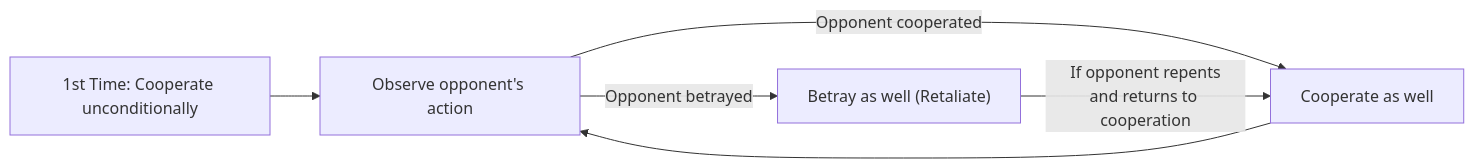
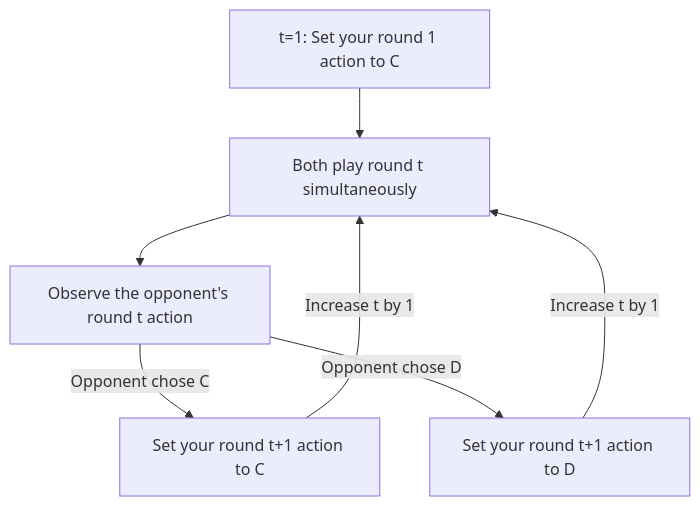
One commit to kenjinote/blog changed the second of 2 diagrams in content/post/囚人のジレンマ/index.en.md. Above: the diagram before and after it, drawn with Mermaid. The commit also changed other lines of this file and 13 other files, not shown here.

````diff
--- a/content/post/囚人のジレンマ/index.en.md
+++ b/content/post/囚人のジレンマ/index.en.md
@@ -132,10 +133,9 @@
 ```mermaid
-graph LR
-    Start["1st Time: Cooperate unconditionally"] --> Round2
-    
-    Round2["Observe opponent's action"] -->|"Opponent cooperated"| Act_Coop["Cooperate as well"]
-    Round2 -->|"Opponent betrayed"| Act_Betray["Betray as well (Retaliate)"]
-    
-    Act_Coop --> Round2
-    Act_Betray -->|"If opponent repents<br>and returns to cooperation"| Act_Coop
+graph TD
+    Start["t=1: Set your round 1 action to C"] --> Play["Both play round t simultaneously"]
+    Play --> Observe["Observe the opponent's round t action"]
+    Observe -->|"Opponent chose C"| NextC["Set your round t+1 action to C"]
+    Observe -->|"Opponent chose D"| NextD["Set your round t+1 action to D"]
+    NextC -->|"Increase t by 1"| Play
+    NextD -->|"Increase t by 1"| Play
 ```
````
